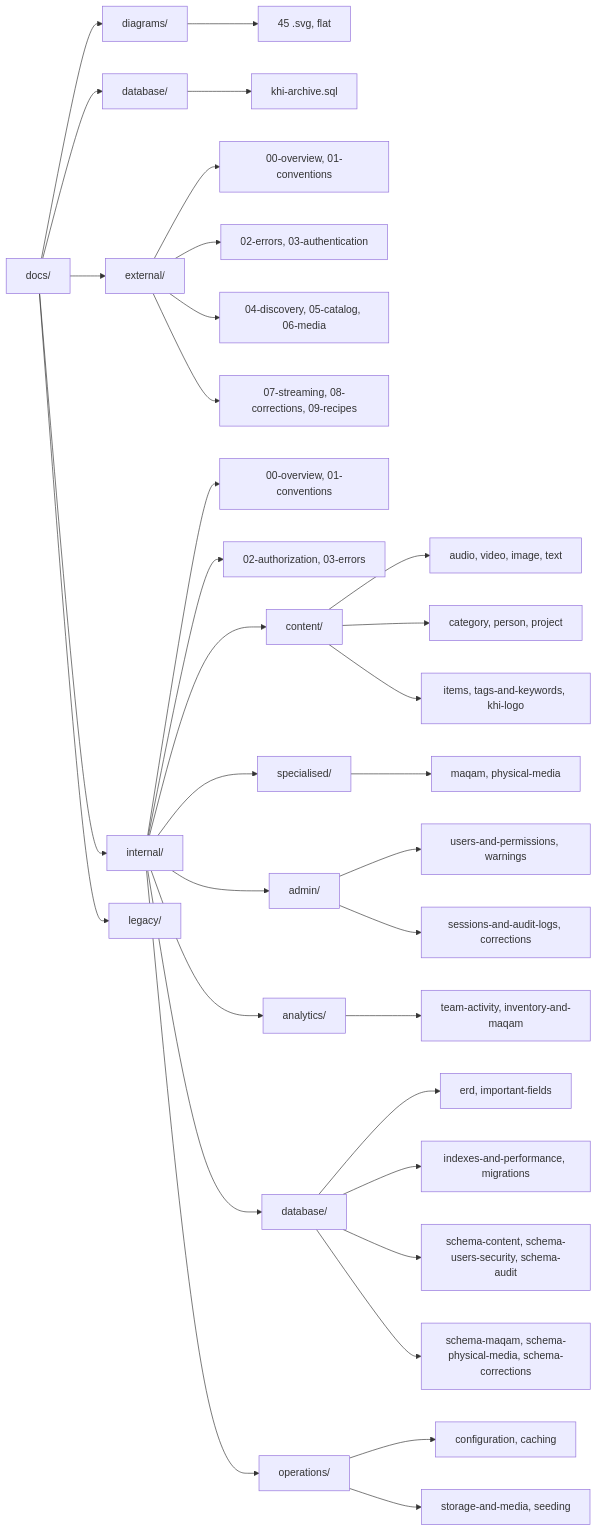
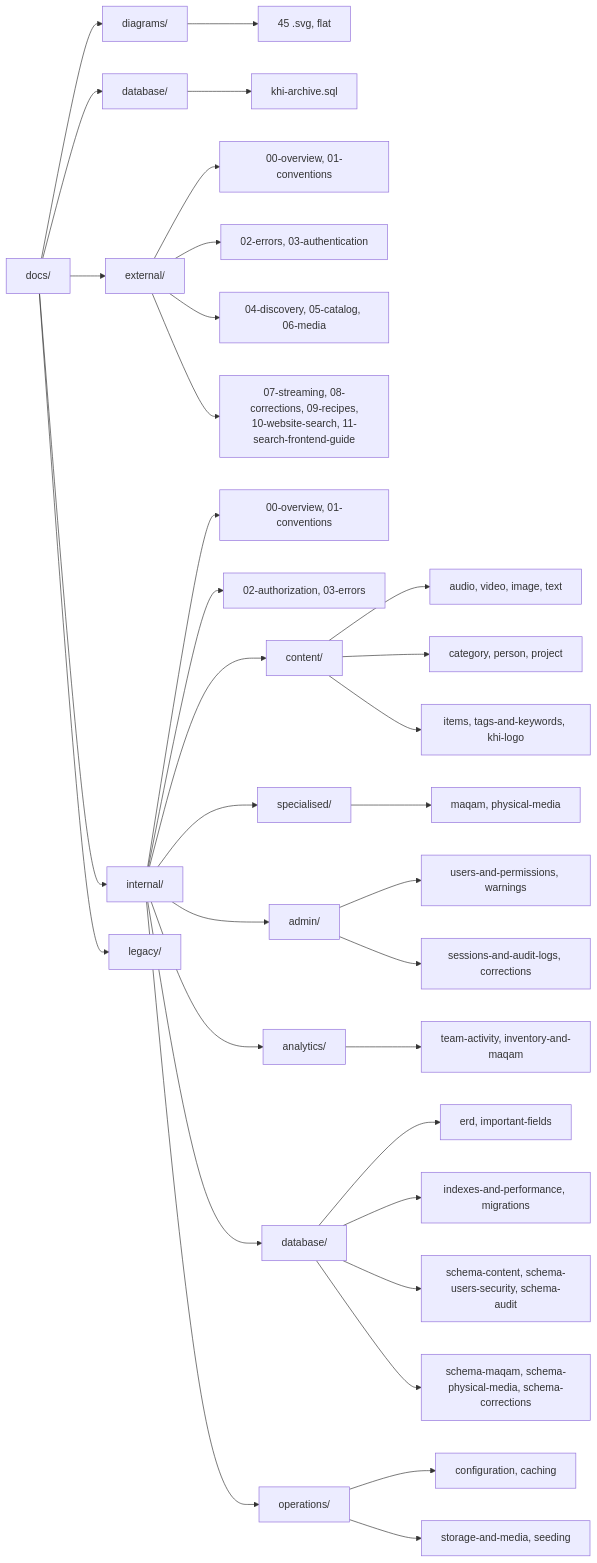
One commit to akararkan/khi_archive_platform_backend changed the diagram in docs/README.md. Above: the diagram before and after it, drawn with Mermaid. The commit also changed other lines of this file and 16 other files, not shown here.

````diff
--- a/docs/README.md
+++ b/docs/README.md
@@ -246,45 +248,45 @@
 ```mermaid
 flowchart LR
   D["docs/"]
   D --> E["external/"]
   D --> I["internal/"]
   D --> G["diagrams/"]
   D --> B["database/"]
   D --> L["legacy/"]
 
   G --> G1["45 .svg, flat"]
   B --> B1["khi-archive.sql"]
 
   E --> E1["00-overview, 01-conventions"]
   E --> E2["02-errors, 03-authentication"]
   E --> E3["04-discovery, 05-catalog, 06-media"]
-  E --> E4["07-streaming, 08-corrections, 09-recipes"]
+  E --> E4["07-streaming, 08-corrections, 09-recipes,<br/>10-website-search, 11-search-frontend-guide"]
 
   I --> I0["00-overview, 01-conventions"]
   I --> I1["02-authorization, 03-errors"]
   I --> IC["content/"]
   I --> IS["specialised/"]
   I --> IA["admin/"]
   I --> IN["analytics/"]
   I --> ID["database/"]
   I --> IO["operations/"]
 
   IC --> IC1["audio, video, image, text"]
   IC --> IC2["category, person, project"]
   IC --> IC3["items, tags-and-keywords, khi-logo"]
 
   IS --> IS1["maqam, physical-media"]
 
   IA --> IA1["users-and-permissions, warnings"]
   IA --> IA2["sessions-and-audit-logs, corrections"]
 
   IN --> IN1["team-activity, inventory-and-maqam"]
 
   ID --> ID1["erd, important-fields"]
   ID --> ID2["indexes-and-performance, migrations"]
   ID --> ID3["schema-content, schema-users-security, schema-audit"]
   ID --> ID4["schema-maqam, schema-physical-media, schema-corrections"]
 
   IO --> IO1["configuration, caching"]
   IO --> IO2["storage-and-media, seeding"]
 ```
````
